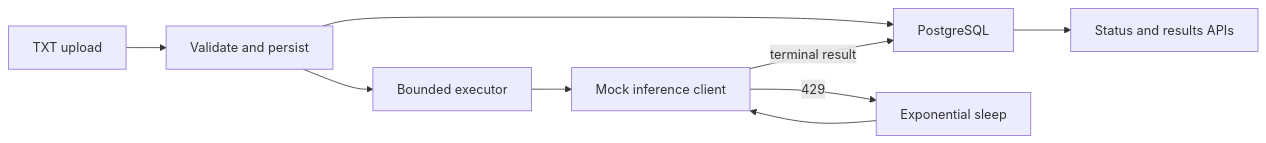
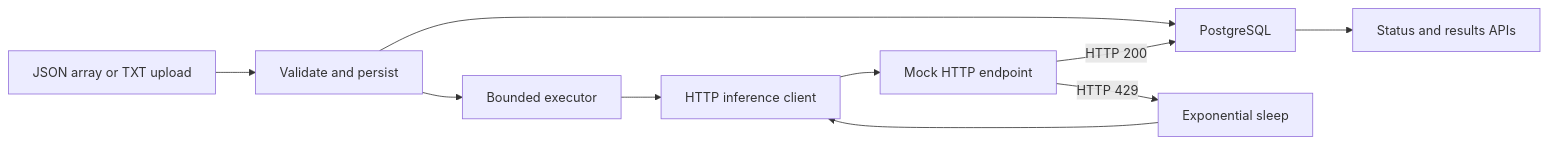
Before and after one commit to chinmay-prac/digitalOceanBatchEngine: the diagram in README.md, drawn with Mermaid. The commit also changed other lines of this file and 18 other files, not shown here.

````diff
--- a/README.md
+++ b/README.md
@@ -55,11 +60,12 @@
 ```mermaid
 flowchart LR
-    A[TXT upload] --> B[Validate and persist]
+    A[JSON array or TXT upload] --> B[Validate and persist]
     B --> C[PostgreSQL]
     B --> D[Bounded executor]
-    D --> E[Mock inference client]
-    E -->|429| F[Exponential sleep]
+    D --> E[HTTP inference client]
+    E --> H[Mock HTTP endpoint]
+    H -->|HTTP 429| F[Exponential sleep]
     F --> E
-    E -->|terminal result| C
+    H -->|HTTP 200| C
     C --> G[Status and results APIs]
 ```
````
